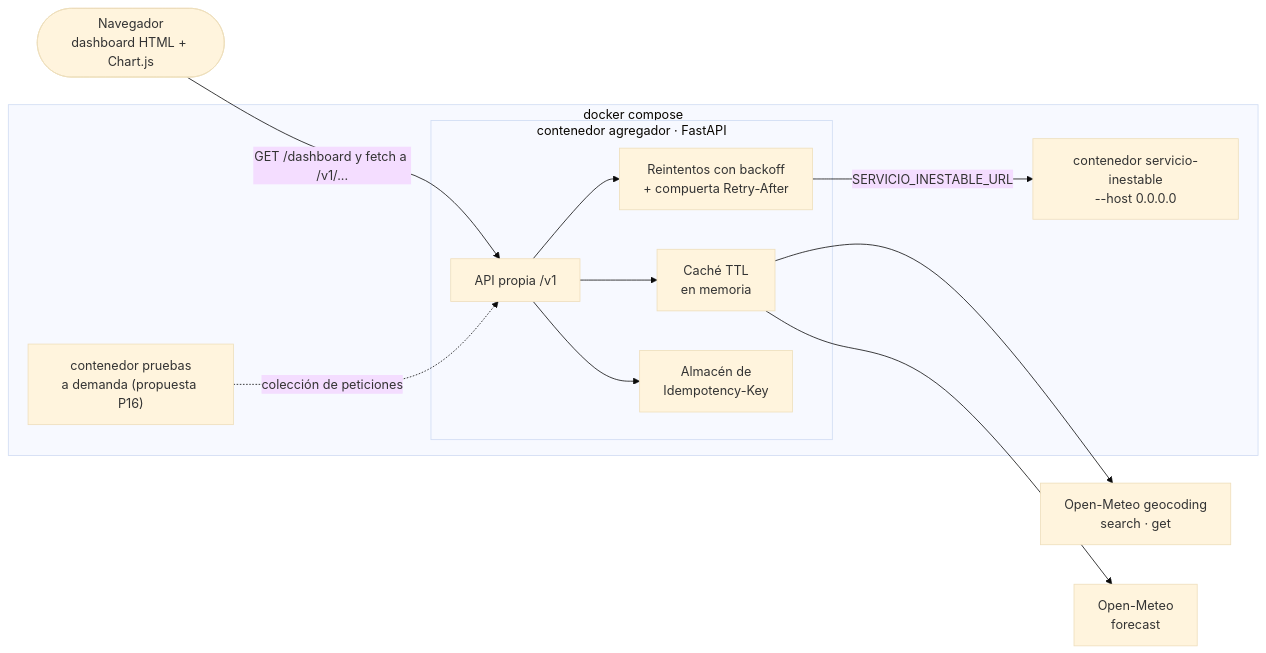
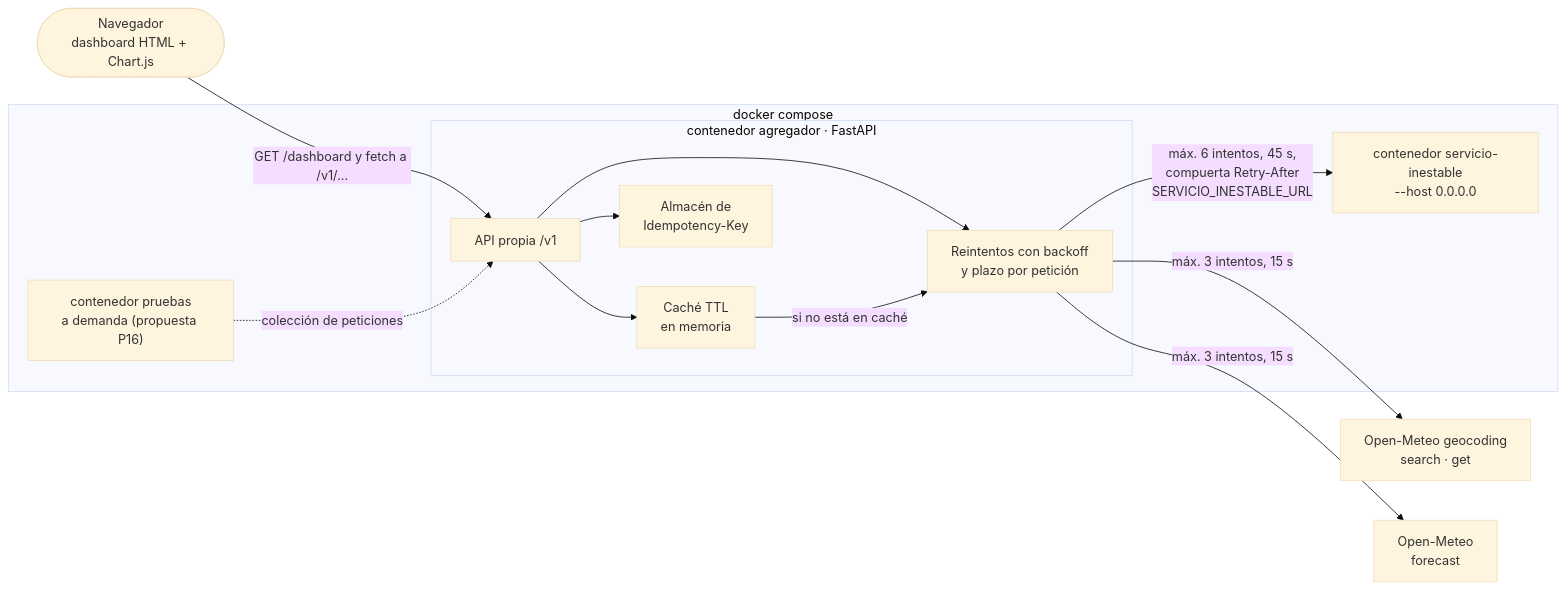
The second of 4 diagrams in README.md (Maria-Fernanda-Ruiz/agregador-resiliente), drawn with Mermaid (base theme) before and after one commit. The commit also changed other lines of this file and 4 other files, not shown here.

````diff
--- a/README.md
+++ b/README.md
@@ -59,17 +60,18 @@
 ```mermaid
 flowchart LR
     U(["Navegador<br/>dashboard HTML + Chart.js"]) -->|"GET /dashboard y fetch a /v1/..."| API
     subgraph DC["docker compose"]
         subgraph AG["contenedor agregador · FastAPI"]
             API["API propia /v1"] --> CA["Caché TTL<br/>en memoria"]
-            API --> RS["Reintentos con backoff<br/>+ compuerta Retry-After"]
+            API --> RS["Reintentos con backoff<br/>y plazo por petición"]
+            CA -->|"si no está en caché"| RS
             API --> ID["Almacén de<br/>Idempotency-Key"]
         end
         SI["contenedor servicio-inestable<br/>--host 0.0.0.0"]
         PR["contenedor pruebas<br/>a demanda (propuesta P16)"]
     end
-    CA --> GEO["Open-Meteo geocoding<br/>search · get"]
-    CA --> FC["Open-Meteo<br/>forecast"]
-    RS -->|"SERVICIO_INESTABLE_URL"| SI
+    RS -->|"máx. 3 intentos, 15 s"| GEO["Open-Meteo geocoding<br/>search · get"]
+    RS -->|"máx. 3 intentos, 15 s"| FC["Open-Meteo<br/>forecast"]
+    RS -->|"máx. 6 intentos, 45 s,<br/>compuerta Retry-After<br/>SERVICIO_INESTABLE_URL"| SI
     PR -.->|"colección de peticiones"| API
 ```
````
